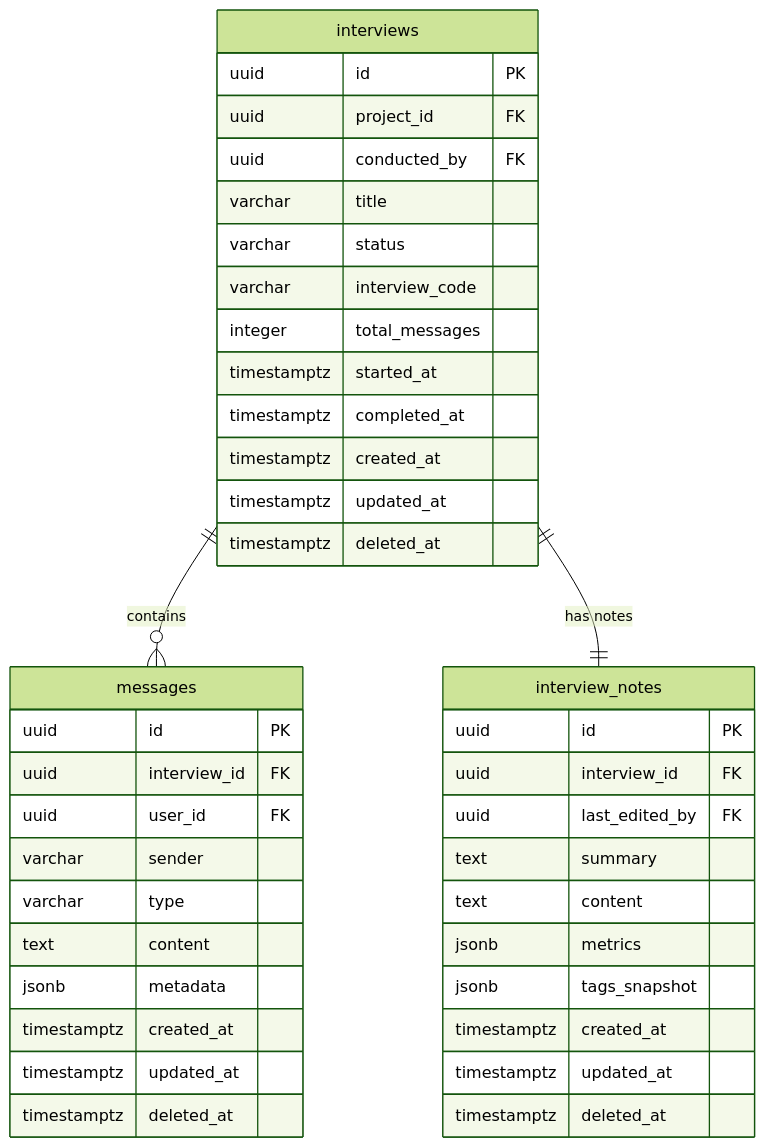
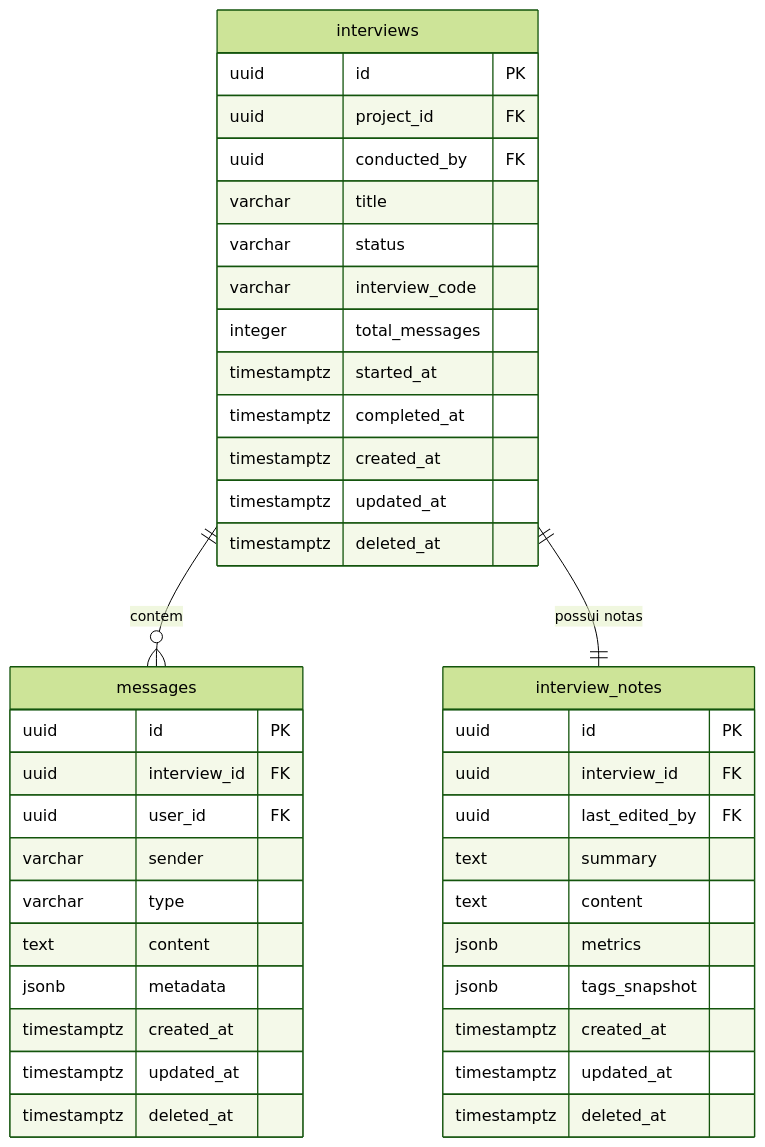
One commit to renatobardi/oute-main changed the third of 8 diagrams in docs/database/schema-excalidraw.md. Above: the diagram before and after it, drawn with Mermaid (forest theme). The commit also changed other lines of this file and 23 other files, not shown here.

````diff
--- a/docs/database/schema-excalidraw.md
+++ b/docs/database/schema-excalidraw.md
@@ -122,46 +122,46 @@
 ```mermaid
 erDiagram
     interviews {
         uuid id PK
         uuid project_id FK
         uuid conducted_by FK
         varchar title
         varchar status
         varchar interview_code
         integer total_messages
         timestamptz started_at
         timestamptz completed_at
         timestamptz created_at
         timestamptz updated_at
         timestamptz deleted_at
     }
 
     messages {
         uuid id PK
         uuid interview_id FK
         uuid user_id FK
         varchar sender
         varchar type
         text content
         jsonb metadata
         timestamptz created_at
         timestamptz updated_at
         timestamptz deleted_at
     }
 
     interview_notes {
         uuid id PK
         uuid interview_id FK
         uuid last_edited_by FK
         text summary
         text content
         jsonb metrics
         jsonb tags_snapshot
         timestamptz created_at
         timestamptz updated_at
         timestamptz deleted_at
     }
 
-    interviews ||--o{ messages : "contains"
-    interviews ||--|| interview_notes : "has notes"
+    interviews ||--o{ messages : "contem"
+    interviews ||--|| interview_notes : "possui notas"
 ```
````
